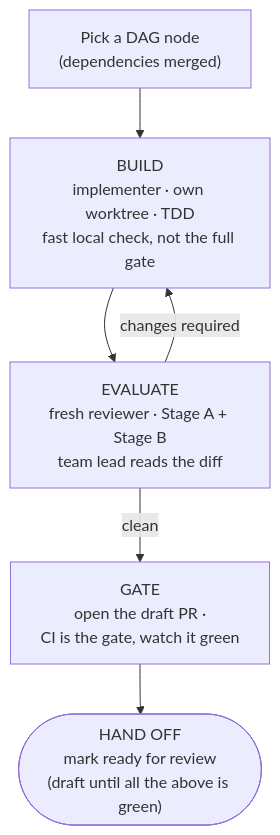
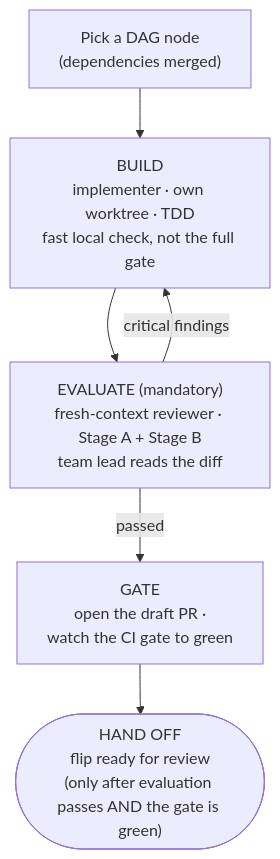
The diagram in .agents/orchestration-strategy.md (AlexaDeWit/Ecluse), drawn with Mermaid before and after one commit. The commit also changed other lines of this file and 3 other files, not shown here.

````diff
--- a/.agents/orchestration-strategy.md
+++ b/.agents/orchestration-strategy.md
@@ -64,8 +67,8 @@
 ```mermaid
 flowchart TD
     P["Pick a DAG node<br/>(dependencies merged)"] --> B["BUILD<br/>implementer · own worktree · TDD<br/>fast local check, not the full gate"]
-    B --> E["EVALUATE<br/>fresh reviewer · Stage A + Stage B<br/>team lead reads the diff"]
-    E -->|changes required| B
-    E -->|clean| G["GATE<br/>open the draft PR ·<br/>CI is the gate, watch it green"]
-    G --> H(["HAND OFF<br/>mark ready for review<br/>(draft until all the above is green)"])
+    B --> E["EVALUATE (mandatory)<br/>fresh-context reviewer · Stage A + Stage B<br/>team lead reads the diff"]
+    E -->|critical findings| B
+    E -->|passed| G["GATE<br/>open the draft PR ·<br/>watch the CI gate to green"]
+    G --> H(["HAND OFF<br/>flip ready for review<br/>(only after evaluation passes AND the gate is green)"])
 ```
````
